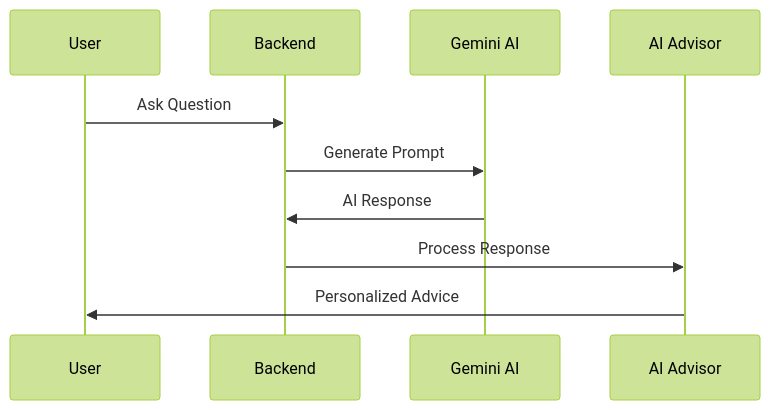
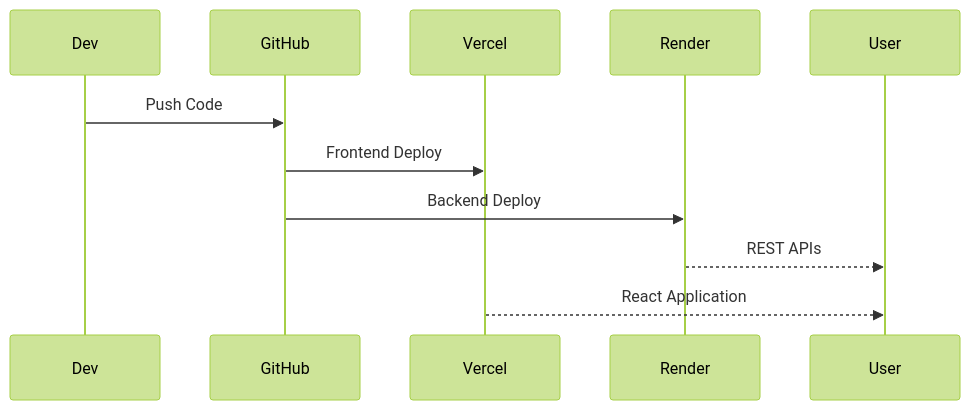
Before and after one commit to TheKanishkDev/SoulSync-AI: diagram 15 of 21 in README.md, drawn with Mermaid (forest theme). The commit also changed other lines of this file, not shown here.

````diff
--- a/README.md
+++ b/README.md
@@ -609,21 +1376,23 @@
 ```mermaid
 sequenceDiagram
 
+participant Dev
+
+participant GitHub
+
+participant Vercel
+
+participant Render
+
 participant User
 
-participant Backend
+Dev->>GitHub: Push Code
 
-participant Gemini AI
+GitHub->>Vercel: Frontend Deploy
 
-participant AI Advisor
+GitHub->>Render: Backend Deploy
 
-User->>Backend: Ask Question
+Render-->>User: REST APIs
 
-Backend->>Gemini AI: Generate Prompt
-
-Gemini AI->>Backend: AI Response
-
-Backend->>AI Advisor: Process Response
-
-AI Advisor->>User: Personalized Advice
+Vercel-->>User: React Application
 ```
````
